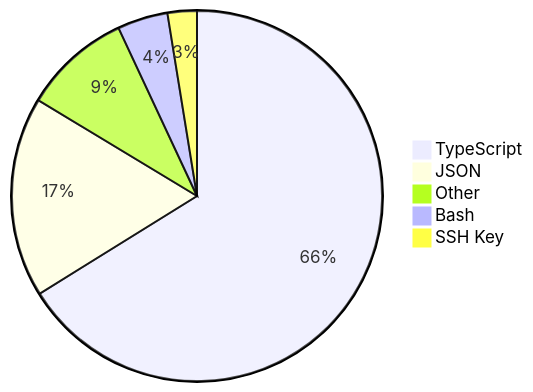
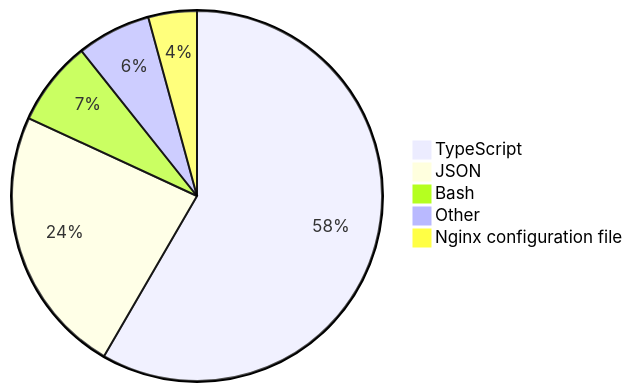
One commit to skvggor/skvggor changed the diagram in README.md. Above: the diagram before and after it, drawn with Mermaid.

Commit message:
Updated waka-readme graph with new metrics

````diff
--- a/README.md
+++ b/README.md
@@ -28,8 +28,8 @@
 ```mermaid
 pie
-    "TypeScript" : 64.7
-    "JSON" : 17.1
-    "Other" : 9.2
-    "Bash" : 4.3
-    "SSH Key" : 2.5
+    "TypeScript" : 55.1
+    "JSON" : 22.2
+    "Bash" : 7.0
+    "Other" : 6.1
+    "Nginx configuration file" : 4.0
 ```
````
